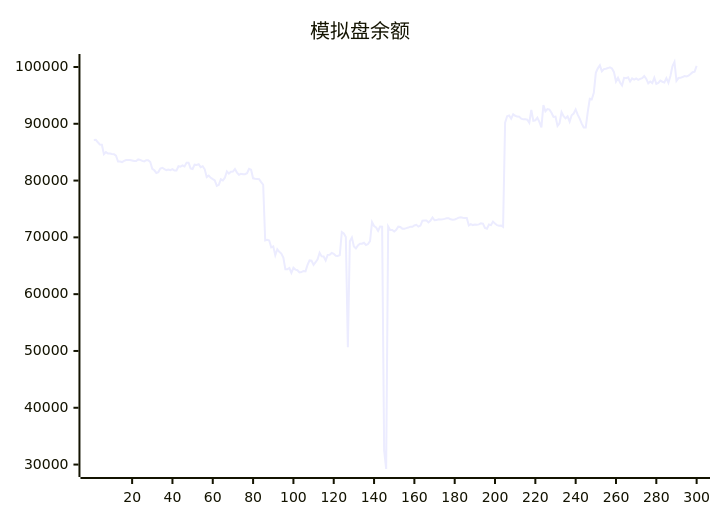
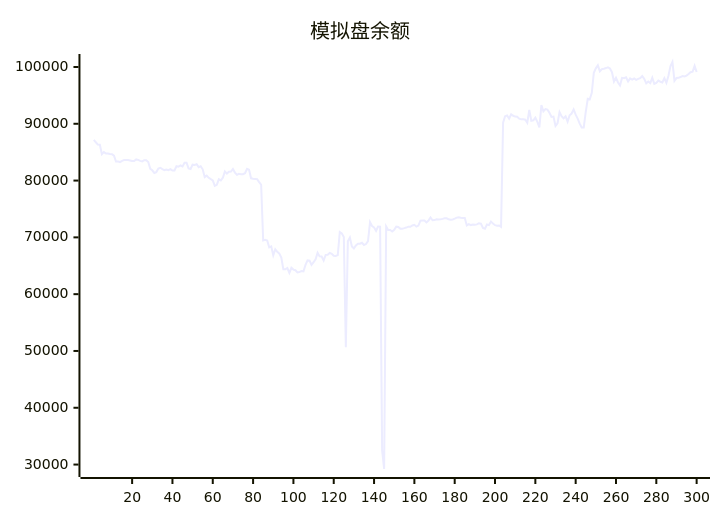
The diagram in README.md (aahl/ai-trading), drawn with Mermaid before and after one commit. The commit also changed other lines of this file and 1 other file, not shown here.

````diff
--- a/README.md
+++ b/README.md
@@ -5,5 +5,5 @@
 ```mermaid
 xychart
     title "模拟盘余额"
-    line [87161,87178,86740,86341,86315,84643,85012,84772,84768,84690,84635,84376,83360,83357,83259,83474,83608,83606,83602,83548,83440,83454,83724,83644,83464,83365,83590,83592,83275,82072,81806,81344,81492,82109,82254,82006,81848,81955,81829,82022,81769,81776,82522,82441,82656,82498,83144,83144,82150,82038,82797,82763,82872,82367,82536,81981,80612,80862,80484,80242,80034,79063,79245,80226,80016,80507,81625,81233,81544,81578,82016,81401,81019,81186,81130,81118,81306,82066,81909,80392,80304,80291,80258,79729,79261,69466,69579,69456,68251,68415,66832,67911,67462,67144,66432,64380,64375,64606,63740,64647,64324,64216,63842,63877,64078,64008,65156,65945,65888,65157,65625,66144,67284,66653,66639,65924,66925,66956,67263,67108,66766,66729,66886,70927,70673,70049,50652,69334,69973,68400,68061,68578,68876,68879,69055,68662,68822,69329,72687,71999,71760,71162,71911,71896,32500,29218,71927,71297,71305,71044,71337,71883,71822,71536,71536,71622,71723,71880,71860,72100,72216,71887,72077,72940,72976,72966,72638,72948,73497,73004,73041,73173,73160,73186,73258,73375,73351,73173,73098,73161,73305,73474,73536,73457,73413,73412,72100,72333,72164,72272,72204,72285,72461,72421,71652,71521,72267,72157,72774,72424,72144,72060,72091,71858,90185,91338,91466,90900,91678,91404,91268,91244,90903,90779,90787,90721,90187,92429,90518,90619,91070,90328,89376,93286,92202,92581,92485,91947,91196,91259,89619,90086,92063,91355,90950,91327,90373,91498,91800,92531,91603,90910,90031,89351,89334,92097,94406,94315,95455,98972,99763,100286,99229,99622,99701,99805,99938,99738,99082,97430,98094,97267,96741,98081,98013,98194,97447,97983,97789,97969,97729,97911,98043,98405,97912,97120,97448,97154,98095,97021,97190,97616,97402,97263,98035,97210,98424,100120,100876,97552,98049,98085,98228,98388,98342,98488,98750,99086,99181,100188]
+    line [87178,86740,86341,86315,84643,85012,84772,84768,84690,84635,84376,83360,83357,83259,83474,83608,83606,83602,83548,83440,83454,83724,83644,83464,83365,83590,83592,83275,82072,81806,81344,81492,82109,82254,82006,81848,81955,81829,82022,81769,81776,82522,82441,82656,82498,83144,83144,82150,82038,82797,82763,82872,82367,82536,81981,80612,80862,80484,80242,80034,79063,79245,80226,80016,80507,81625,81233,81544,81578,82016,81401,81019,81186,81130,81118,81306,82066,81909,80392,80304,80291,80258,79729,79261,69466,69579,69456,68251,68415,66832,67911,67462,67144,66432,64380,64375,64606,63740,64647,64324,64216,63842,63877,64078,64008,65156,65945,65888,65157,65625,66144,67284,66653,66639,65924,66925,66956,67263,67108,66766,66729,66886,70927,70673,70049,50652,69334,69973,68400,68061,68578,68876,68879,69055,68662,68822,69329,72687,71999,71760,71162,71911,71896,32500,29218,71927,71297,71305,71044,71337,71883,71822,71536,71536,71622,71723,71880,71860,72100,72216,71887,72077,72940,72976,72966,72638,72948,73497,73004,73041,73173,73160,73186,73258,73375,73351,73173,73098,73161,73305,73474,73536,73457,73413,73412,72100,72333,72164,72272,72204,72285,72461,72421,71652,71521,72267,72157,72774,72424,72144,72060,72091,71858,90185,91338,91466,90900,91678,91404,91268,91244,90903,90779,90787,90721,90187,92429,90518,90619,91070,90328,89376,93286,92202,92581,92485,91947,91196,91259,89619,90086,92063,91355,90950,91327,90373,91498,91800,92531,91603,90910,90031,89351,89334,92097,94406,94315,95455,98972,99763,100286,99229,99622,99701,99805,99938,99738,99082,97430,98094,97267,96741,98081,98013,98194,97447,97983,97789,97969,97729,97911,98043,98405,97912,97120,97448,97154,98095,97021,97190,97616,97402,97263,98035,97210,98424,100120,100876,97552,98049,98085,98228,98388,98342,98488,98750,99086,99181,100188,99107]
 ```
````
